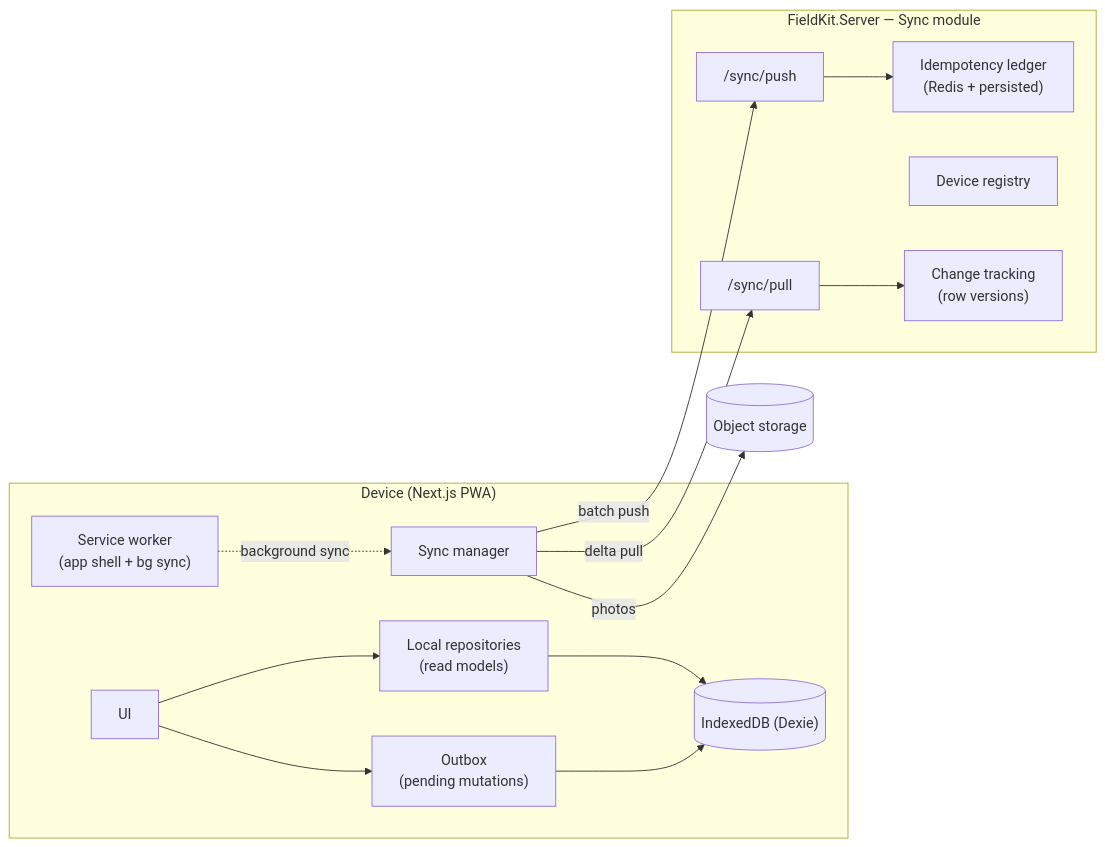
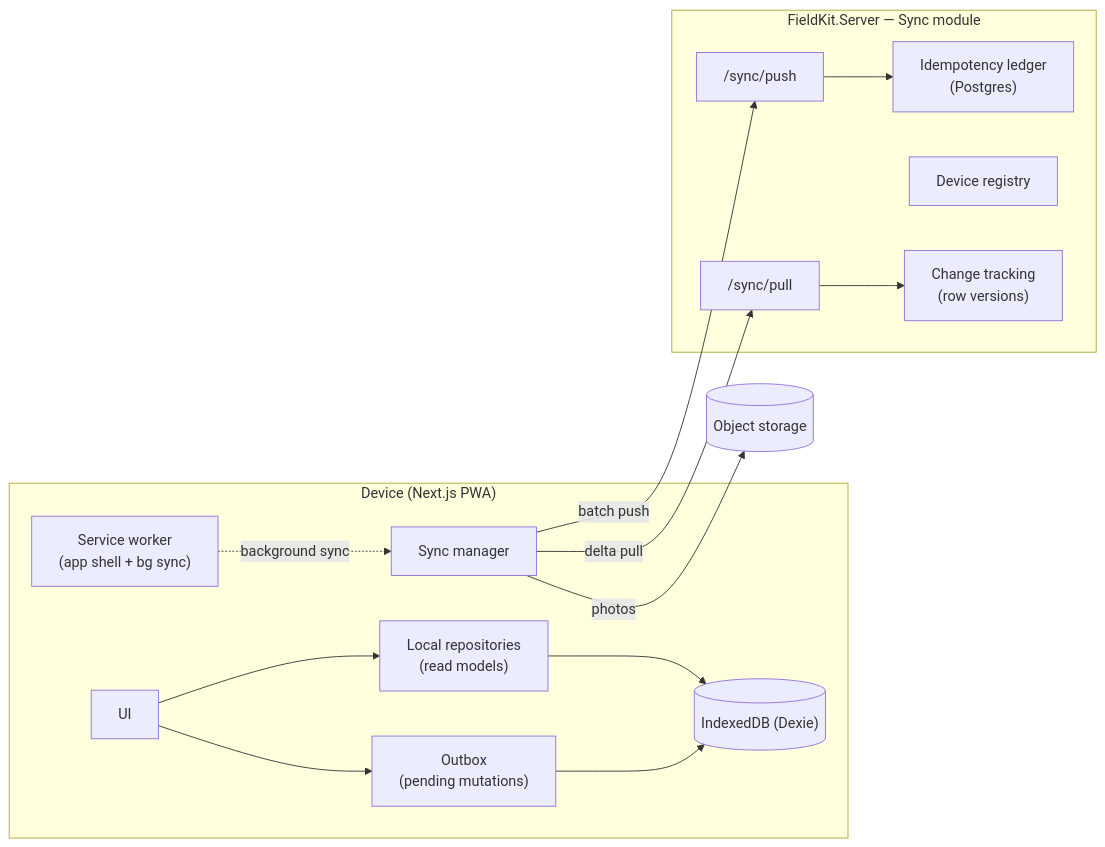
One commit to Tibirot/FieldKit changed the first of 3 diagrams in docs/architecture/12-offline-sync-engine.md. Above: the diagram before and after it, drawn with Mermaid. The commit also changed other lines of this file and 7 other files, not shown here.

First line of the commit message:
docs(w8): decompose the sync engine, and settle the ledger against Redis (#165)

````diff
--- a/docs/architecture/12-offline-sync-engine.md
+++ b/docs/architecture/12-offline-sync-engine.md
@@ -13,28 +13,28 @@
 ```mermaid
 flowchart LR
   subgraph device["Device (Next.js PWA)"]
     ui["UI"]
     repo["Local repositories<br/>(read models)"]
     ob["Outbox<br/>(pending mutations)"]
     idb[("IndexedDB (Dexie)")]
     sw["Service worker<br/>(app shell + bg sync)"]
     sm["Sync manager"]
   end
   subgraph server["FieldKit.Server — Sync module"]
     pull["/sync/pull"]
     push["/sync/push"]
-    idem["Idempotency ledger<br/>(Redis + persisted)"]
+    idem["Idempotency ledger<br/>(Postgres)"]
     dev["Device registry"]
     ct["Change tracking<br/>(row versions)"]
   end
   obj[("Object storage")]
 
   ui --> repo --> idb
   ui --> ob --> idb
   sm -->|delta pull| pull
   sm -->|batch push| push
   push --> idem
   pull --> ct
   sm -->|photos| obj
   sw -. background sync .-> sm
 ```
````
